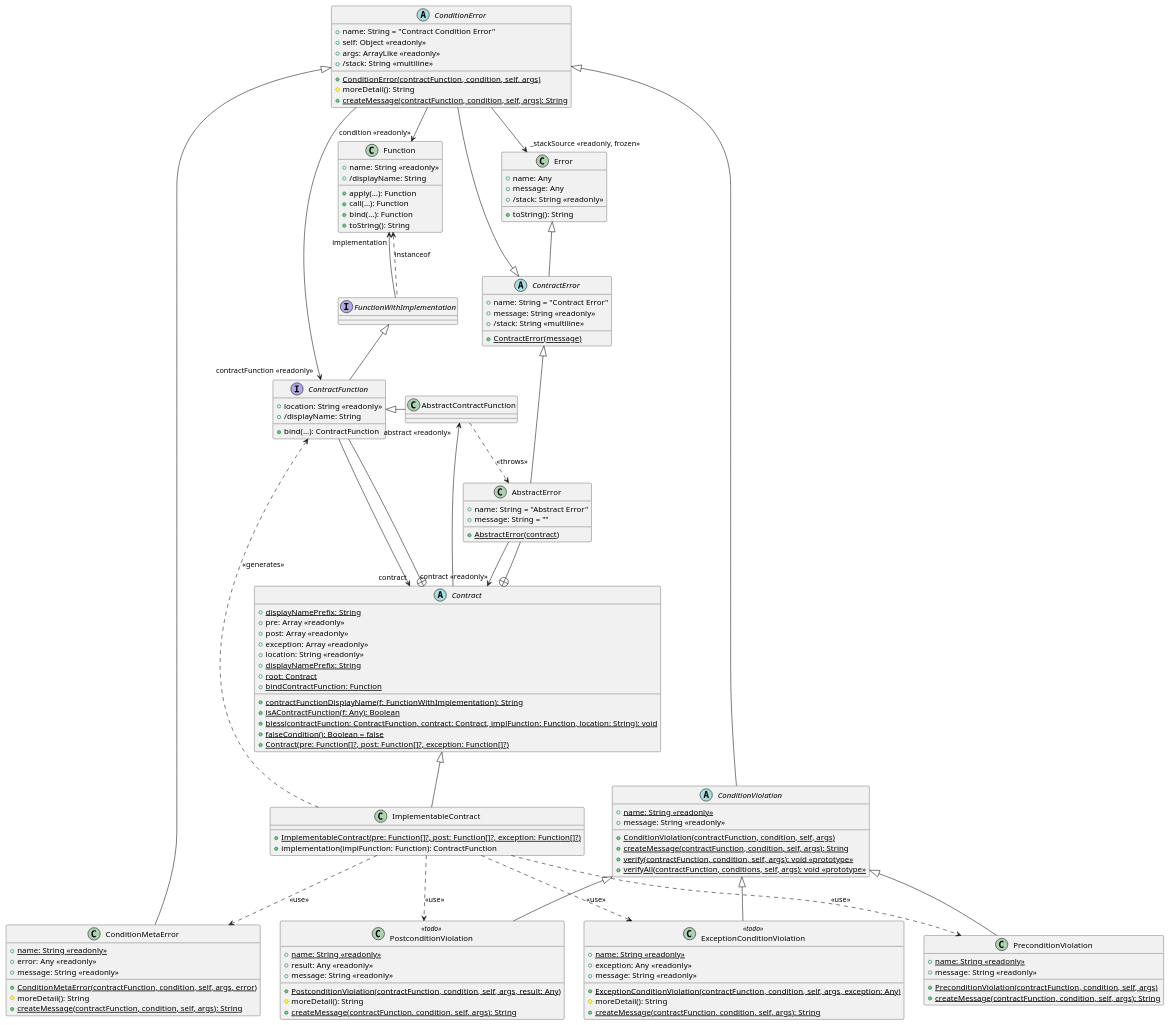
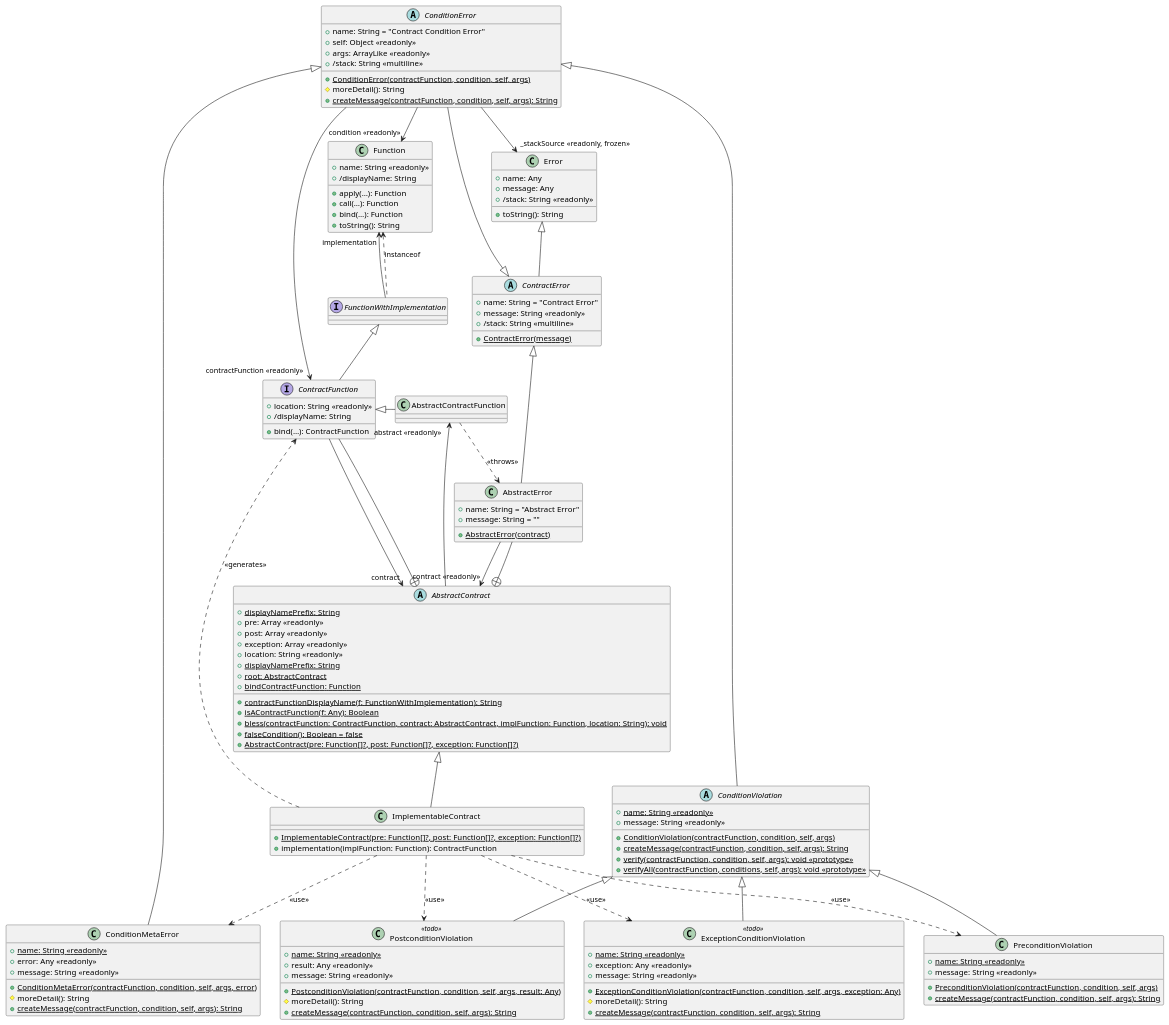
Before and after one commit to Toryt/contracts: the diagram in src/I/model.puml, drawn with PlantUML. The commit also changed 15 other files, not shown here.

Commit message:
Rename Contract to AbstractContract

```diff
--- a/src/I/model.puml
+++ b/src/I/model.puml
@@ -1,148 +1,148 @@
 @startuml
 
 class Function {
   +name: String <<readonly>>
   +/displayName: String
   +apply(…): Function
   +call(…): Function
   +bind(…): Function
   +toString(): String
 }
 class Error {
   +name: Any
   +message: Any
   +/stack: String <<readonly>>
   +toString(): String
 }
 
 interface FunctionWithImplementation
 
 Function <.. FunctionWithImplementation: instanceof
 FunctionWithImplementation --> "implementation" Function
 
-abstract class Contract {
+abstract class AbstractContract {
   +{static} displayNamePrefix: String
   +pre: Array <<readonly>>
   +post: Array <<readonly>>
   +exception: Array <<readonly>>
   +location: String <<readonly>>
   +{static} displayNamePrefix: String
-  +{static} root: Contract
+  +{static} root: AbstractContract
   +{static} contractFunctionDisplayName(f: FunctionWithImplementation): String
   +{static} bindContractFunction: Function
   +{static} isAContractFunction(f: Any): Boolean
-  +{static} bless(contractFunction: ContractFunction, contract: Contract, implFunction: Function, location: String): void
+  +{static} bless(contractFunction: ContractFunction, contract: AbstractContract, implFunction: Function, location: String): void
   +{static} falseCondition(): Boolean = false
-  +{static} Contract(pre: Function[]?, post: Function[]?, exception: Function[]?)
+  +{static} AbstractContract(pre: Function[]?, post: Function[]?, exception: Function[]?)
 }
 
 class ImplementableContract {
   +{static} ImplementableContract(pre: Function[]?, post: Function[]?, exception: Function[]?)
   +implementation(implFunction: Function): ContractFunction
 }
-Contract <|-- ImplementableContract
+AbstractContract <|-- ImplementableContract
 
 interface ContractFunction {
   +location: String <<readonly>>
   +/displayName: String
   +bind(…): ContractFunction
 }
 
 class AbstractContractFunction
 ContractFunction <|- AbstractContractFunction
 
-Contract +-- ContractFunction
+AbstractContract +-- ContractFunction
 FunctionWithImplementation <|-- ContractFunction
 
-ContractFunction --> "contract" Contract
-Contract --> "abstract <<readonly>>" AbstractContractFunction
+ContractFunction --> "contract" AbstractContract
+AbstractContract --> "abstract <<readonly>>" AbstractContractFunction
 
 abstract class ContractError {
   +name: String = "Contract Error"
   +message: String <<readonly>>
   +/stack: String <<multiline>>
   +{static} ContractError(message)
 }
 Error <|-- ContractError
 
 class AbstractError {
   +name: String = "Abstract Error"
   +message: String = ""
   +{static} AbstractError(contract)
 }
-Contract +-- AbstractError
+AbstractContract +-- AbstractError
 ContractError <|-- AbstractError
 AbstractContractFunction ..> AbstractError : "<<throws>>"
 
-AbstractError --> "contract <<readonly>>" Contract
+AbstractError --> "contract <<readonly>>" AbstractContract
 
 abstract class ConditionError {
   +name: String = "Contract Condition Error"
   +self: Object <<readonly>>
   +args: ArrayLike <<readonly>>
   +/stack: String <<multiline>>
   +{static} ConditionError(contractFunction, condition, self, args)
   #moreDetail(): String
   +{static} createMessage(contractFunction, condition, self, args): String
 }
 ContractError <|-- ConditionError
 
 class ConditionMetaError {
   +{static} name: String <<readonly>>
   +error: Any <<readonly>>
   +message: String <<readonly>>
   +{static} ConditionMetaError(contractFunction, condition, self, args, error)
   #moreDetail(): String
   +{static} createMessage(contractFunction, condition, self, args): String
 }
 
 abstract class ConditionViolation {
   +{static} name: String <<readonly>>
   +message: String <<readonly>>
   +{static} ConditionViolation(contractFunction, condition, self, args)
   +{static} createMessage(contractFunction, condition, self, args): String
   +{static} verify(contractFunction, condition, self, args): void <<prototype>>
   +{static} verifyAll(contractFunction, conditions, self, args): void <<prototype>>
 }
 class PreconditionViolation {
   +{static} name: String <<readonly>>
   +message: String <<readonly>>
   +{static} PreconditionViolation(contractFunction, condition, self, args)
   +{static} createMessage(contractFunction, condition, self, args): String
 }
 class PostconditionViolation <<todo>> {
   +{static} name: String <<readonly>>
   +result: Any <<readonly>>
   +message: String <<readonly>>
   +{static} PostconditionViolation(contractFunction, condition, self, args, result: Any)
   #moreDetail(): String
   +{static} createMessage(contractFunction, condition, self, args): String
 }
 
 class ExceptionConditionViolation <<todo>> {
   +{static} name: String <<readonly>>
   +exception: Any <<readonly>>
   +message: String <<readonly>>
   +{static} ExceptionConditionViolation(contractFunction, condition, self, args, exception: Any)
   #moreDetail(): String
   +{static} createMessage(contractFunction, condition, self, args): String
 }
 
 ConditionError --> "contractFunction <<readonly>>" ContractFunction
 ConditionError --> "condition <<readonly>>" Function
 ConditionError --> "_stackSource <<readonly, frozen>>" Error
 
 ConditionError <|-- ConditionMetaError
 ConditionError <|-- ConditionViolation
 
 ConditionViolation <|-- PreconditionViolation
 ConditionViolation <|-- PostconditionViolation
 ConditionViolation <|-- ExceptionConditionViolation
 
 ImplementableContract ..> ConditionMetaError: <<use>>
 ImplementableContract ..> PreconditionViolation: <<use>>
 ImplementableContract ..> PostconditionViolation: <<use>>
 ImplementableContract ..> ExceptionConditionViolation: <<use>>
 ImplementableContract ..> ContractFunction: <<generates>>
 
 @enduml
```
